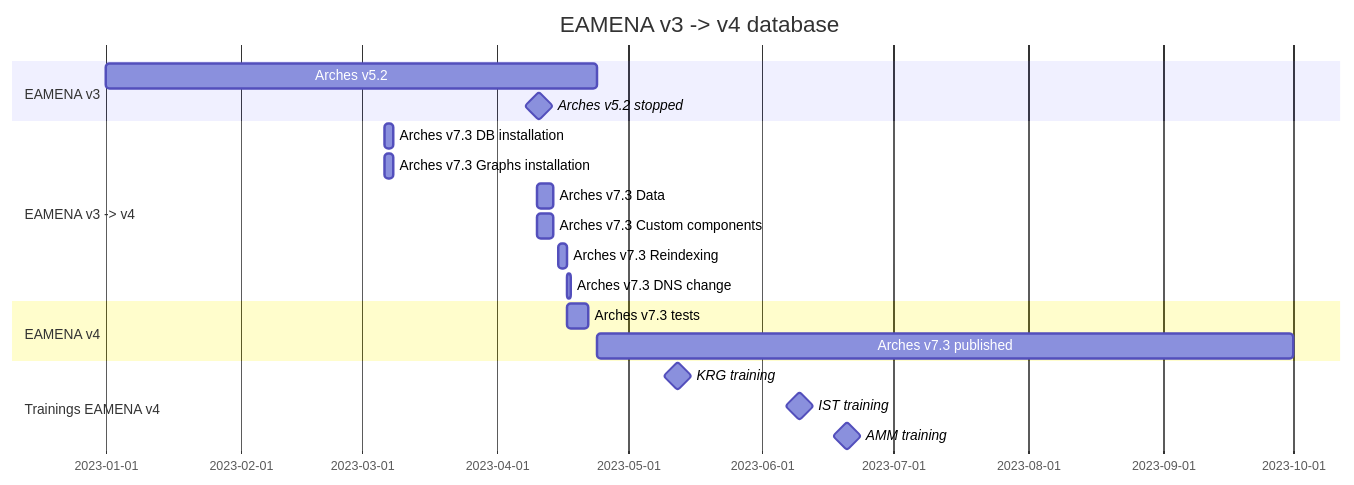
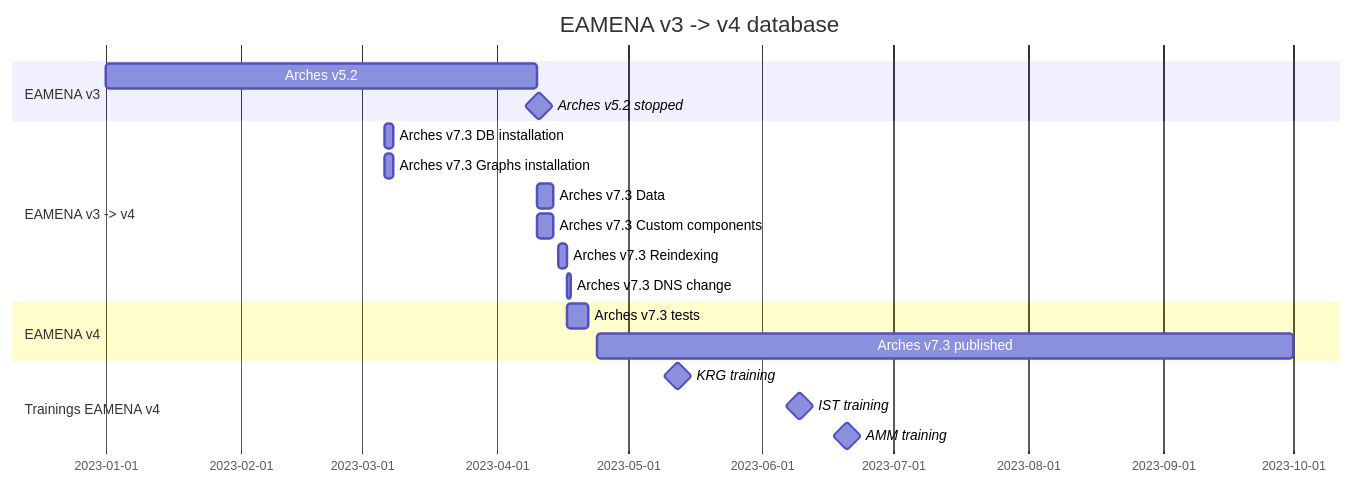
One commit to eamena-project/eamena-arches-dev changed the diagram in dbs/database.eamena/README.md. Above: the diagram before and after it, drawn with Mermaid.

Commit message:
timeline

````diff
--- a/dbs/database.eamena/README.md
+++ b/dbs/database.eamena/README.md
@@ -5,22 +5,22 @@
 ```mermaid
 gantt
     title EAMENA v3 -> v4 database
     dateFormat  YYYY-MM-DD
     section EAMENA v3
-    Arches v5.2              : a0, 2023-01-01, 2023-04-24
+    Arches v5.2              : a0, 2023-01-01, 2023-04-10
     Arches v5.2 stopped      : milestone, m3, 2023-04-10, 1d
     section EAMENA v3 -> v4
     Arches v7.3 DB installation        : a1, 2023-03-06, 2d
     Arches v7.3 Graphs installation    : a1, 2023-03-06, 2d
     Arches v7.3 Data                   : a1, 2023-04-10, 4d
     Arches v7.3 Custom components      : a1, 2023-04-10, 4d
     Arches v7.3 Reindexing             : a1, 2023-04-15, 2d
     Arches v7.3 DNS change             : a1, 2023-04-17, 1d
     section EAMENA v4
     Arches v7.3 tests                  : a1, 2023-04-17, 5d
     Arches v7.3 published              : a1, 2023-04-24, 2023-10-01
     section Trainings EAMENA v4
     KRG training             : milestone, m3, 2023-05-09, 7d
     IST training             : milestone, m3, 2023-06-06, 7d
     AMM training             : milestone, m3, 2023-06-17, 7d
 ```
````
